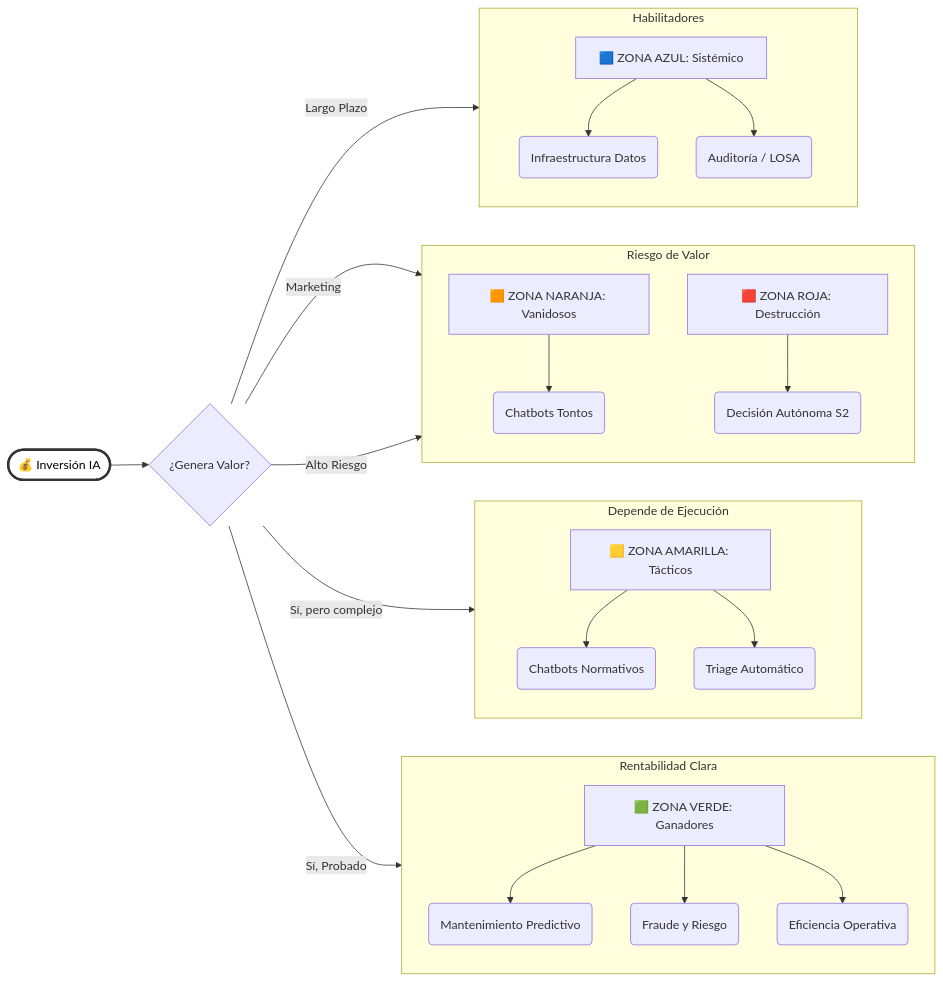
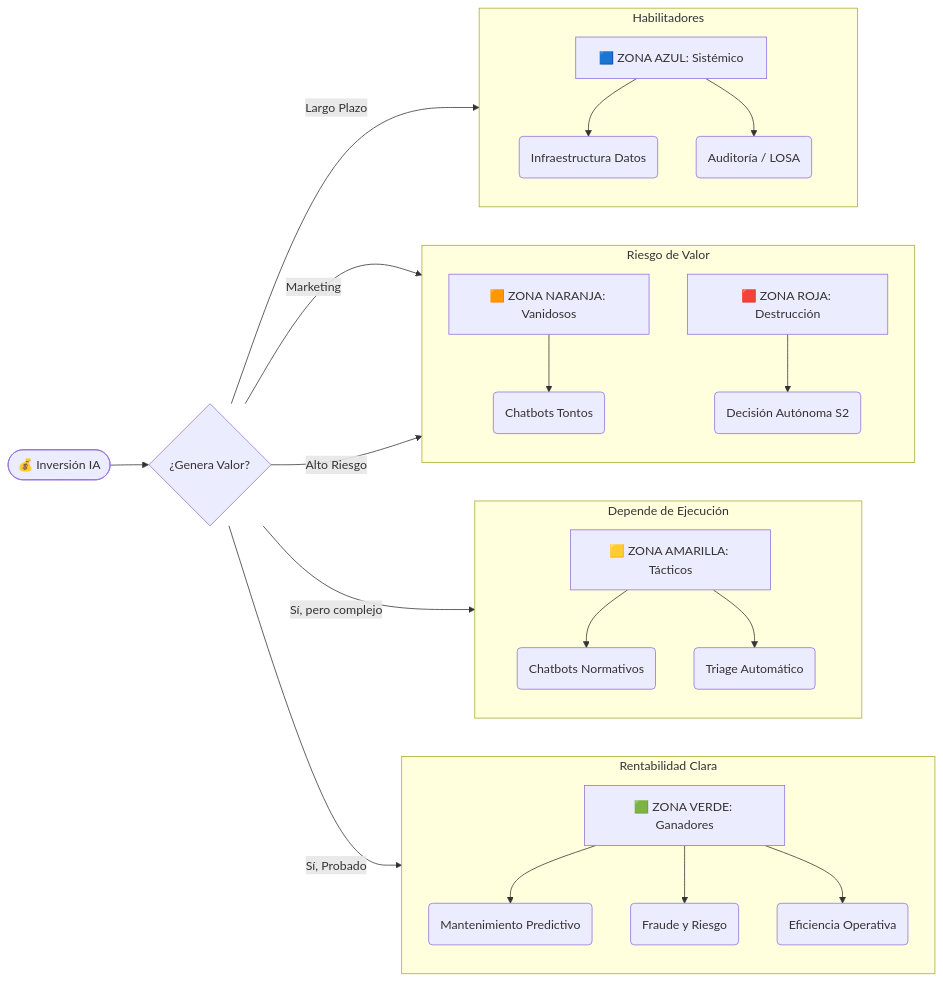
The diagram in docs/guias/12-ROI-Financiero.md (jccarvajal/Arquitectura-IA), drawn with Mermaid before and after one commit.

````diff
--- a/docs/guias/12-ROI-Financiero.md
+++ b/docs/guias/12-ROI-Financiero.md
@@ -15,49 +15,46 @@
 ```mermaid
 graph LR
     Invest([💰 Inversión IA]) --> Evaluacion{¿Genera Valor?}
 
     %% ZONA VERDE
     Evaluacion -->|Sí, Probado| Green[🟩 ZONA VERDE: Ganadores]
     subgraph Z_Green [Rentabilidad Clara]
         direction TB
         Green --> G1(Mantenimiento Predictivo)
         Green --> G2(Fraude y Riesgo)
         Green --> G3(Eficiencia Operativa)
     end
 
     %% ZONA AMARILLA
     Evaluacion -->|Sí, pero complejo| Yellow[🟨 ZONA AMARILLA: Tácticos]
     subgraph Z_Yellow [Depende de Ejecución]
         direction TB
         Yellow --> Y1(Chatbots Normativos)
         Yellow --> Y2(Triage Automático)
     end
 
     %% ZONA NARANJA Y ROJA
     Evaluacion -->|Marketing| Orange[🟧 ZONA NARANJA: Vanidosos]
     Evaluacion -->|Alto Riesgo| Red[🟥 ZONA ROJA: Destrucción]
 
     subgraph Z_Risk [Riesgo de Valor]
         direction TB
         Orange --> O1(Chatbots Tontos)
         Red --> R1(Decisión Autónoma S2)
     end
 
     %% ZONA AZUL
     Evaluacion -->|Largo Plazo| Blue[🟦 ZONA AZUL: Sistémico]
     subgraph Z_Blue [Habilitadores]
         direction TB
         Blue --> B1(Infraestructura Datos)
         Blue --> B2(Auditoría / LOSA)
     end
 
-    %% ESTILO DEL NODO INICIO (CAMBIADO: Fondo blanco, borde negro, texto negro)
-    classDef base fill:#ffffff,stroke:#333,stroke-width:3px,color:#000;
-
     class Green,G1,G2,G3 green;
     class Yellow,Y1,Y2 yellow;
     class Orange,O1 orange;
     class Red,R1 red;
     class Blue,B1,B2 blue;
     class Invest base;
 ```
````
